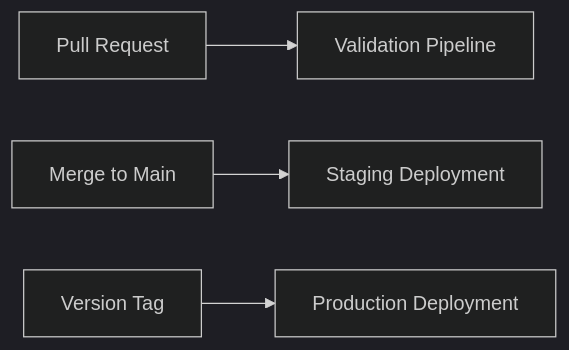
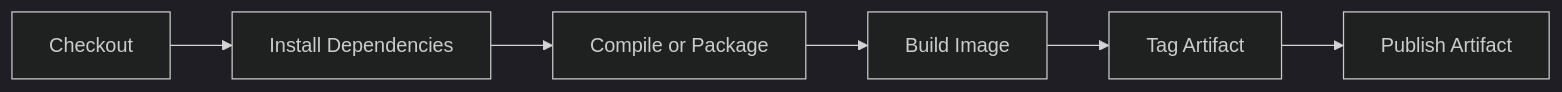
The second of 10 diagrams in src/content/devops/cicd-pipelines.md (AvadhBhalodiya/Interview-Preparation), drawn with Mermaid (dark theme) before and after one commit. The commit also changed other lines of this file and 54 other files, not shown here.

````diff
--- a/src/content/devops/cicd-pipelines.md
+++ b/src/content/devops/cicd-pipelines.md
@@ -166,6 +179,8 @@
 ```mermaid
 flowchart LR
-    A[Pull Request] --> B[Validation Pipeline]
-    C[Merge to Main] --> D[Staging Deployment]
-    E[Version Tag] --> F[Production Deployment]
+    A[Checkout] --> B[Install Dependencies]
+    B --> C[Compile or Package]
+    C --> D[Build Image]
+    D --> E[Tag Artifact]
+    E --> F[Publish Artifact]
 ```
````
